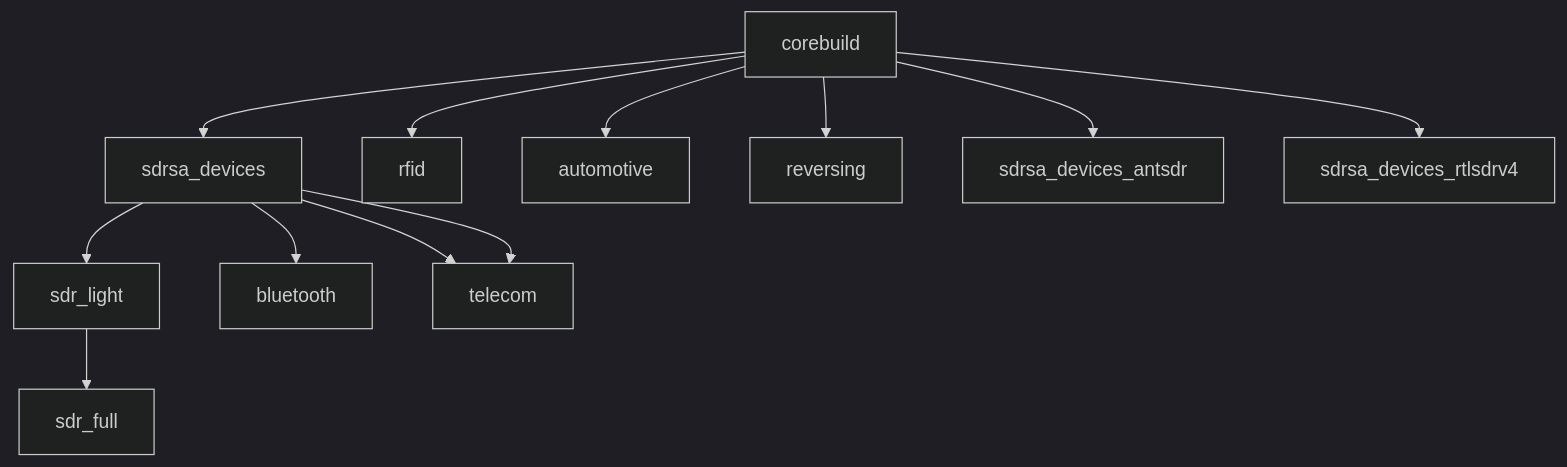
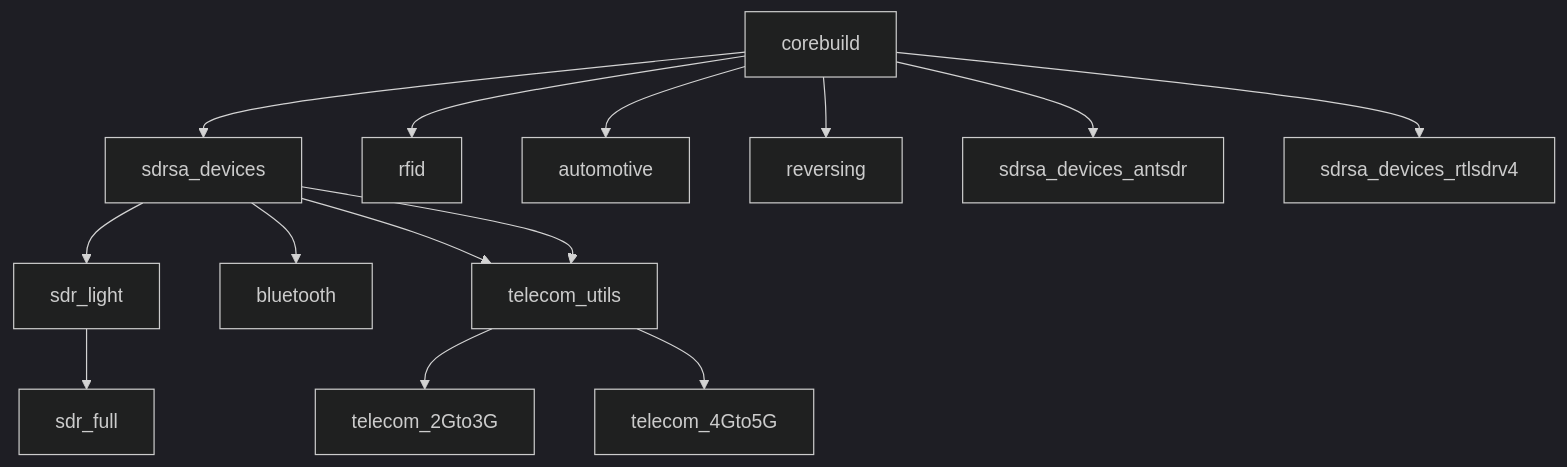
Before and after one commit to PentHertz/rfswift-doc-v2: the diagram in content/docs/guide/list-of-images.md, drawn with Mermaid (dark theme). The commit also changed 4 other files, not shown here.

````diff
--- a/content/docs/guide/list-of-images.md
+++ b/content/docs/guide/list-of-images.md
@@ -61,14 +61,16 @@
 ```mermaid
 graph TD;
     A[corebuild]-->B[sdrsa_devices];
     A-->C[rfid];
     A-->D[automotive];
     A-->E[reversing];
     A-->F[sdrsa_devices_antsdr];
     A-->G[sdrsa_devices_rtlsdrv4];
     B[sdrsa_devices]-->H[sdr_light];
     B[sdrsa_devices]-->I[bluetooth];
     B[sdrsa_devices]-->J[wifi];
-    B[sdrsa_devices]-->J[telecom];
+    B[sdrsa_devices]-->J[telecom_utils];
+    J-->L[telecom_2Gto3G];
+    J-->M[telecom_4Gto5G];
     H-->K[sdr_full]
 ```
````
